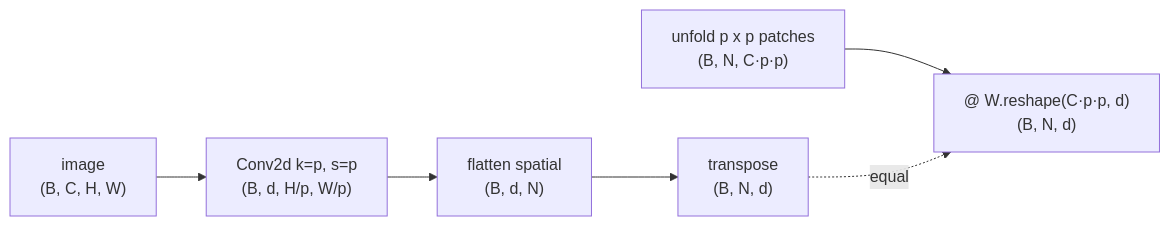
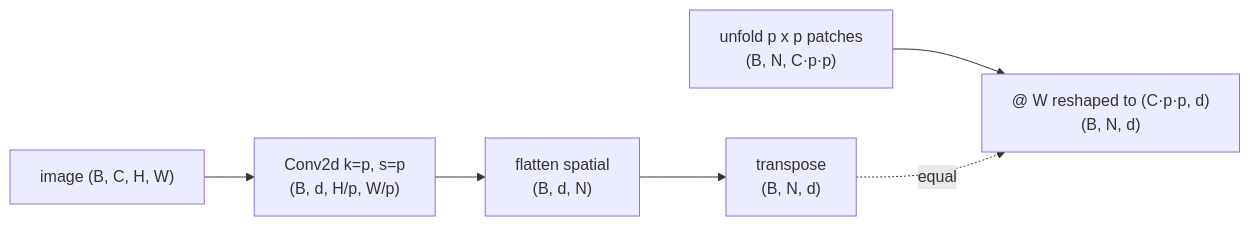
One commit to tanmaniac/nanovision changed the first of 4 diagrams in assignments/a02_vit/README.md. Above: the diagram before and after it, drawn with Mermaid. The commit also changed other lines of this file and 68 other files, not shown here.

````diff
--- a/assignments/a02_vit/README.md
+++ b/assignments/a02_vit/README.md
@@ -122,8 +72,8 @@
 ```mermaid
 flowchart LR
-    A["image<br/>(B, C, H, W)"] --> B["Conv2d k=p, s=p<br/>(B, d, H/p, W/p)"]
+    A["image (B, C, H, W)"] --> B["Conv2d k=p, s=p<br/>(B, d, H/p, W/p)"]
     B --> C["flatten spatial<br/>(B, d, N)"]
     C --> D["transpose<br/>(B, N, d)"]
-    A2["unfold p x p patches<br/>(B, N, C·p·p)"] --> E["@ W.reshape(C·p·p, d)<br/>(B, N, d)"]
+    A2["unfold p x p patches<br/>(B, N, C·p·p)"] --> E["@ W reshaped to (C·p·p, d)<br/>(B, N, d)"]
     D -. equal .-> E
 ```
````
